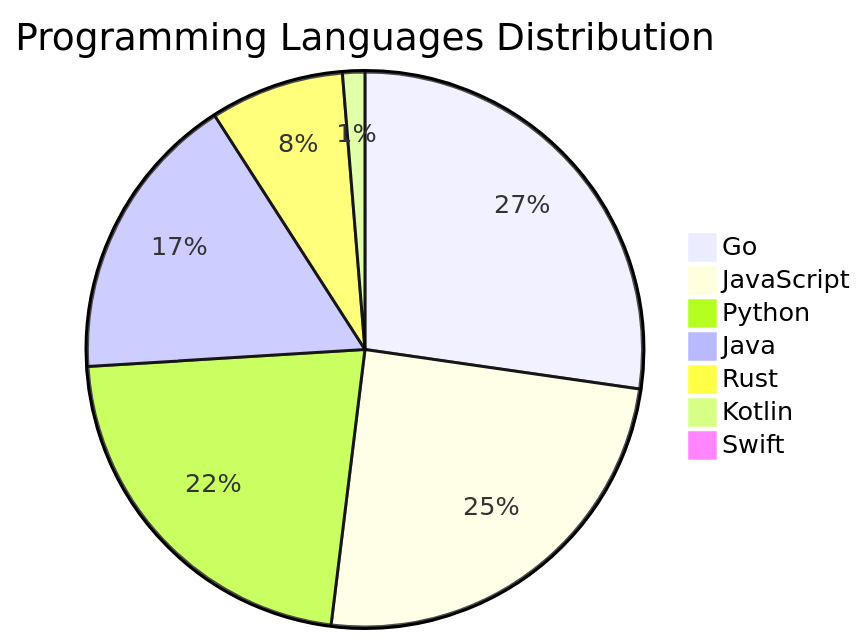
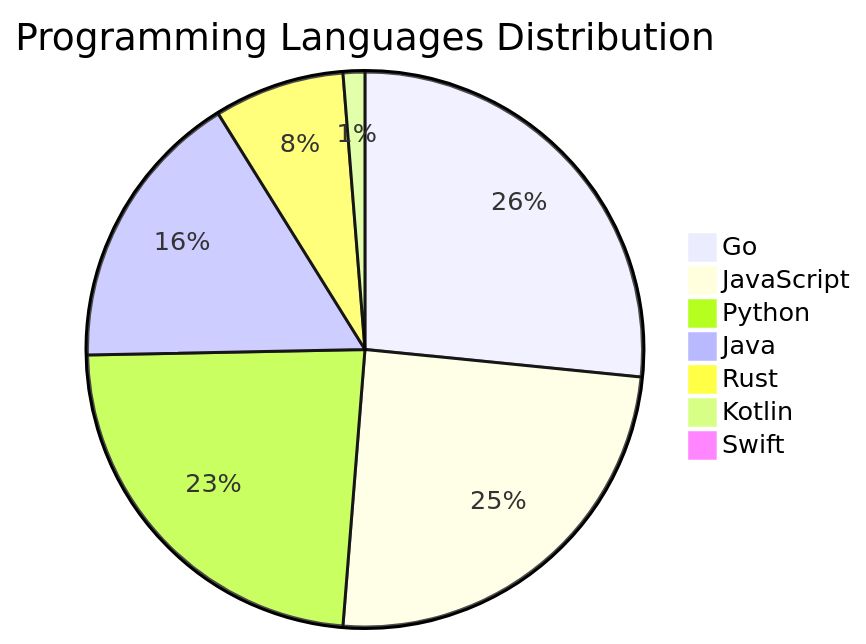
Before and after one commit to Derrick-MUGISHA/github-activity-bot: the diagram in README.md, drawn with Mermaid. The commit also changed other lines of this file and 4 other files, not shown here.

````diff
--- a/README.md
+++ b/README.md
@@ -213,10 +209,10 @@
 ```mermaid
 pie title Programming Languages Distribution
     "Go" : 42
-    "JavaScript" : 38
-    "Python" : 34
+    "JavaScript" : 39
+    "Python" : 37
     "Java" : 26
     "Rust" : 12
     "Kotlin" : 2
     "Swift" : 1
 ```
````
